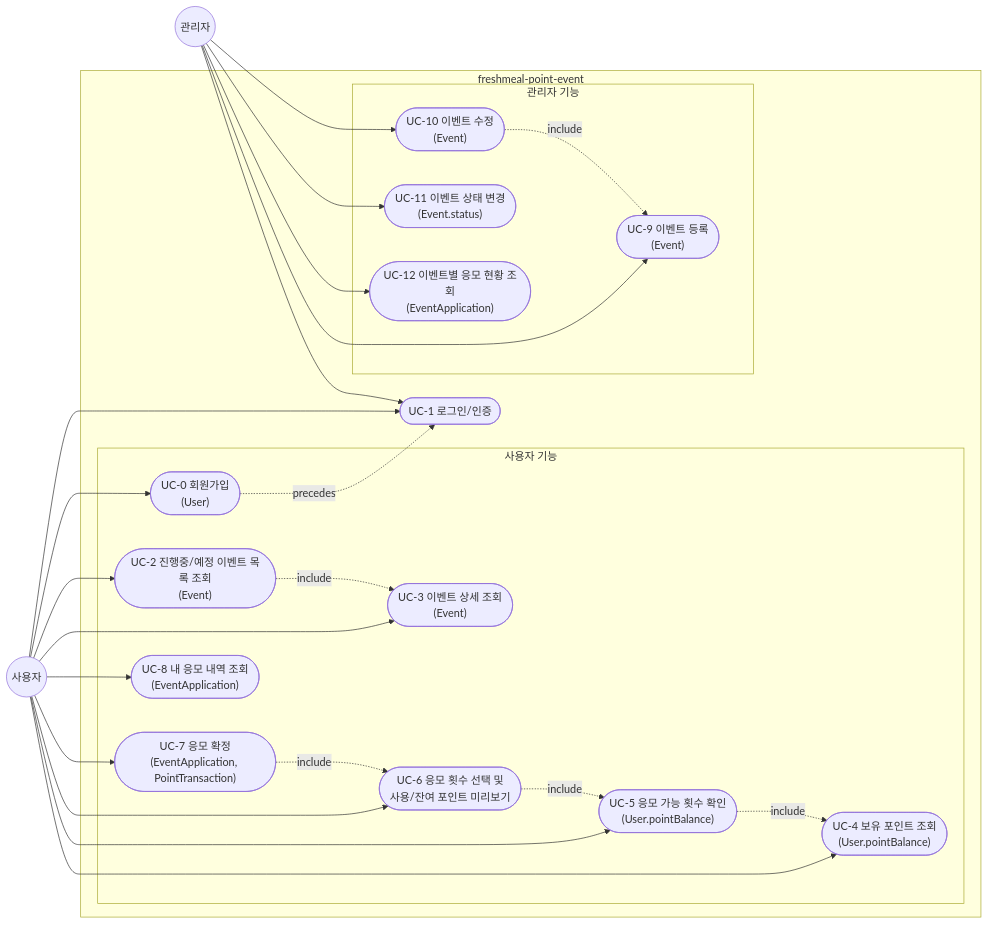
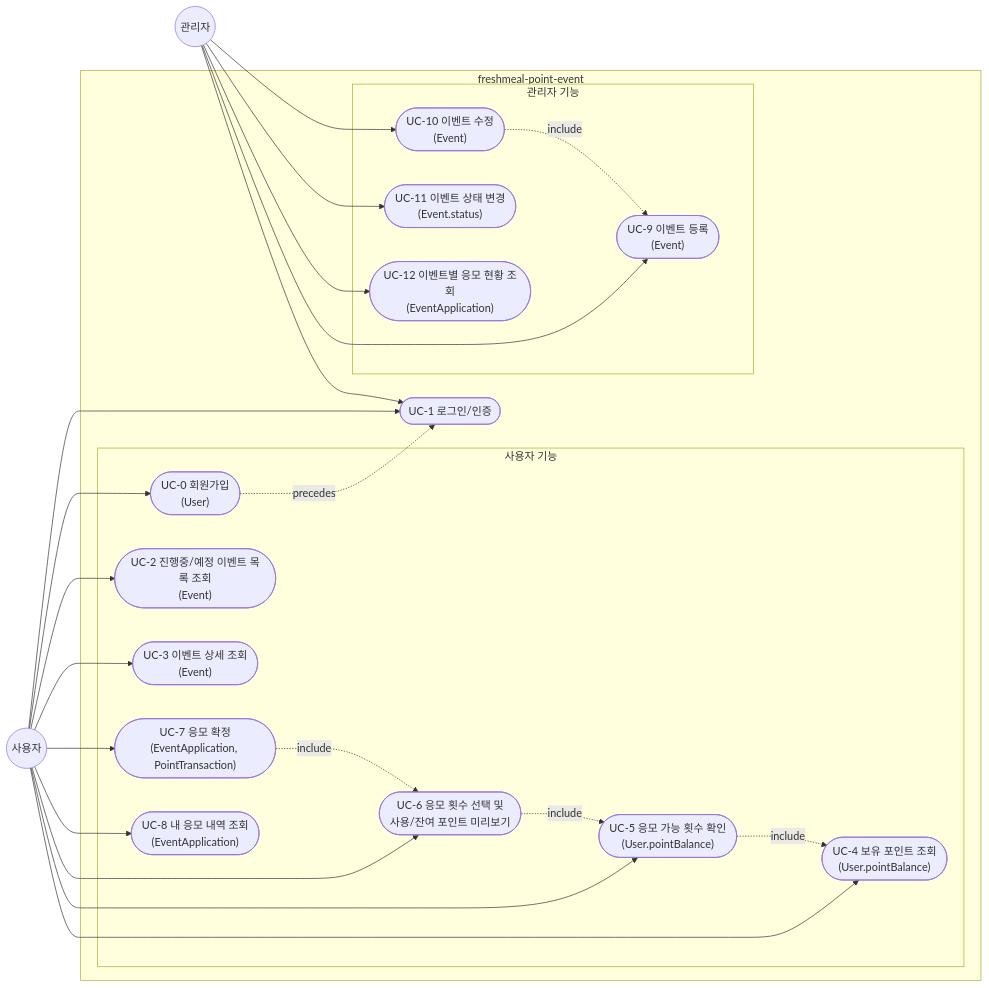
The diagram in docs/2-usecase.md (wonjungkim21/b2b-promo), drawn with Mermaid before and after one commit. The commit also changed other lines of this file and 3 other files, not shown here.

````diff
--- a/docs/2-usecase.md
+++ b/docs/2-usecase.md
@@ -9,52 +9,51 @@
 ```mermaid
 flowchart LR
     User(("사용자"))
     Admin(("관리자"))
 
     subgraph SYS["freshmeal-point-event"]
         UC1(["UC-1 로그인/인증"])
 
         subgraph UserUC["사용자 기능"]
             UC0(["UC-0 회원가입<br/>(User)"])
             UC2(["UC-2 진행중/예정 이벤트 목록 조회<br/>(Event)"])
             UC3(["UC-3 이벤트 상세 조회<br/>(Event)"])
             UC4(["UC-4 보유 포인트 조회<br/>(User.pointBalance)"])
             UC5(["UC-5 응모 가능 횟수 확인<br/>(User.pointBalance)"])
             UC6(["UC-6 응모 횟수 선택 및<br/>사용/잔여 포인트 미리보기"])
             UC7(["UC-7 응모 확정<br/>(EventApplication, PointTransaction)"])
             UC8(["UC-8 내 응모 내역 조회<br/>(EventApplication)"])
         end
 
         subgraph AdminUC["관리자 기능"]
             UC9(["UC-9 이벤트 등록<br/>(Event)"])
             UC10(["UC-10 이벤트 수정<br/>(Event)"])
             UC11(["UC-11 이벤트 상태 변경<br/>(Event.status)"])
             UC12(["UC-12 이벤트별 응모 현황 조회<br/>(EventApplication)"])
         end
     end
 
     User --> UC0
     User --> UC1
     Admin --> UC1
 
     UC0 -. precedes .-> UC1
 
     User --> UC2
     User --> UC3
     User --> UC4
     User --> UC5
     User --> UC6
     User --> UC7
     User --> UC8
 
     Admin --> UC9
     Admin --> UC10
     Admin --> UC11
     Admin --> UC12
 
-    UC2 -. include .-> UC3
     UC5 -. include .-> UC4
     UC6 -. include .-> UC5
     UC7 -. include .-> UC6
     UC10 -. include .-> UC9
 ```
````
